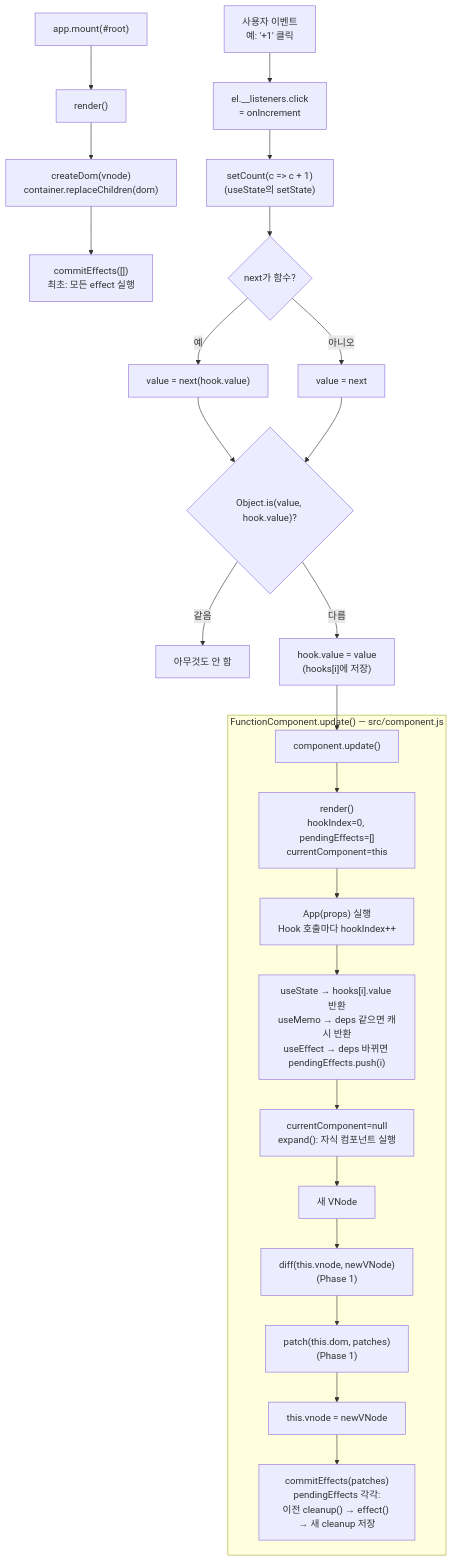
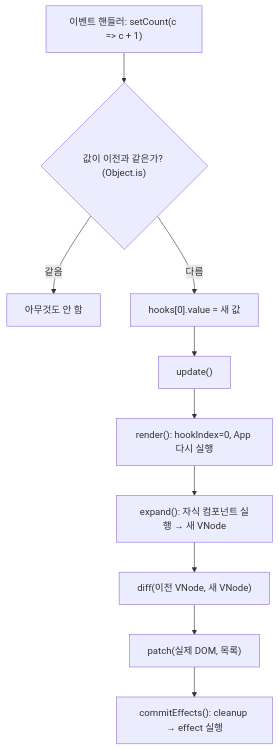
Before and after one commit to yongminkim0501/mini-react: the fourth of 4 diagrams in jaeyun-mini-react/README.md, drawn with Mermaid. The commit also changed other lines of this file, not shown here.

````diff
--- a/jaeyun-mini-react/README.md
+++ b/jaeyun-mini-react/README.md
@@ -330,29 +198,12 @@
 ```mermaid
 flowchart TD
-    M["app.mount(#root)"] --> R0["render()"]
-    R0 --> CD["createDom(vnode)<br/>container.replaceChildren(dom)"]
-    CD --> CE0["commitEffects([])<br/>최초: 모든 effect 실행"]
-
-    CLK["사용자 이벤트<br/>예: '+1' 클릭"] --> LS["el.__listeners.click<br/>= onIncrement"]
-    LS --> SS["setCount(c => c + 1)<br/>(useState의 setState)"]
-    SS --> FN{"next가 함수?"}
-    FN -- 예 --> CALC["value = next(hook.value)"]
-    FN -- 아니오 --> VAL["value = next"]
-    CALC --> SAME{"Object.is(value, hook.value)?"}
-    VAL --> SAME
-    SAME -- 같음 --> STOP["아무것도 안 함"]
-    SAME -- 다름 --> SET["hook.value = value<br/>(hooks[i]에 저장)"]
-    SET --> UP["component.update()"]
-
-    subgraph UPDATE["FunctionComponent.update() — src/component.js"]
-        UP --> RND["render()<br/>hookIndex=0, pendingEffects=[]<br/>currentComponent=this"]
-        RND --> APP["App(props) 실행<br/>Hook 호출마다 hookIndex++"]
-        APP --> HK["useState → hooks[i].value 반환<br/>useMemo → deps 같으면 캐시 반환<br/>useEffect → deps 바뀌면 pendingEffects.push(i)"]
-        HK --> EXP["currentComponent=null<br/>expand(): 자식 컴포넌트 실행"]
-        EXP --> NV["새 VNode"]
-        NV --> DIFF["diff(this.vnode, newVNode)<br/>(Phase 1)"]
-        DIFF --> PATCH["patch(this.dom, patches)<br/>(Phase 1)"]
-        PATCH --> SV["this.vnode = newVNode"]
-        SV --> CE["commitEffects(patches)<br/>pendingEffects 각각:<br/>이전 cleanup() → effect() → 새 cleanup 저장"]
-    end
+    A["이벤트 핸들러: setCount(c => c + 1)"] --> B{"값이 이전과 같은가? (Object.is)"}
+    B -- 같음 --> Z["아무것도 안 함"]
+    B -- 다름 --> C["hooks[0].value = 새 값"]
+    C --> D["update()"]
+    D --> E["render(): hookIndex=0, App 다시 실행"]
+    E --> F["expand(): 자식 컴포넌트 실행 → 새 VNode"]
+    F --> G["diff(이전 VNode, 새 VNode)"]
+    G --> H["patch(실제 DOM, 목록)"]
+    H --> I["commitEffects(): cleanup → effect 실행"]
 ```
````
